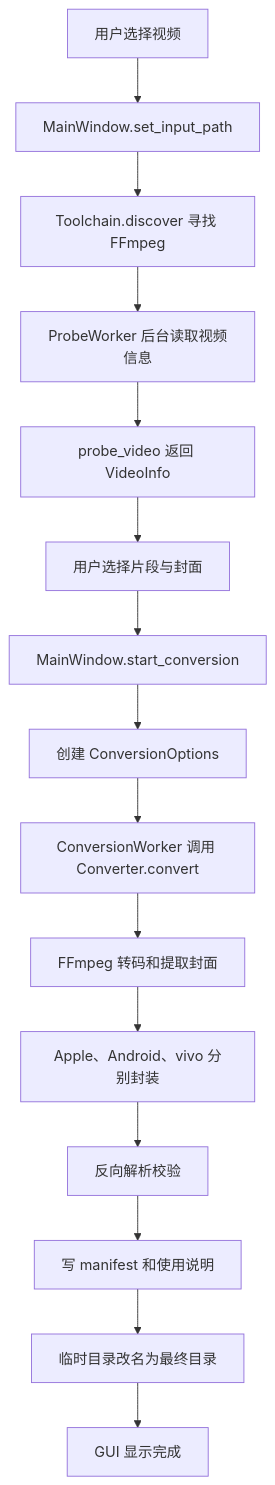
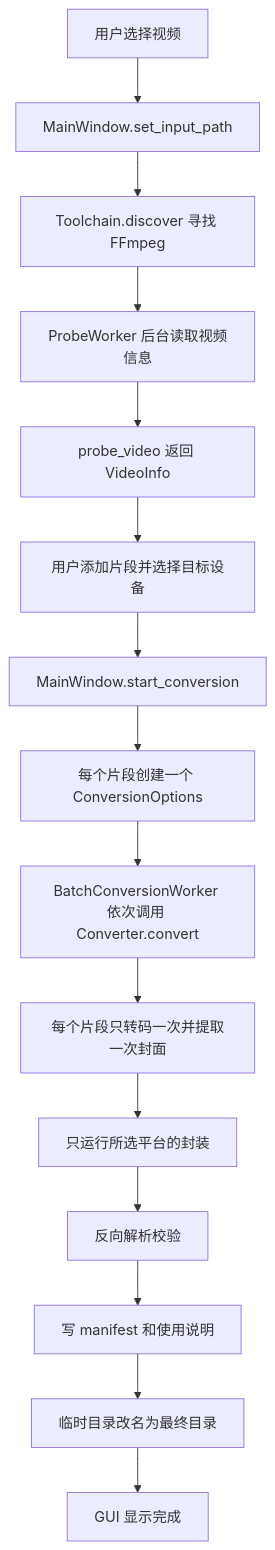
Before and after one commit to yangzhen-23/video-to-live-photo: the first of 2 diagrams in docs/PROJECT_CODE_AND_GIT_GUIDE.md, drawn with Mermaid. The commit also changed other lines of this file and 4 other files, not shown here.

```diff
--- a/docs/PROJECT_CODE_AND_GIT_GUIDE.md
+++ b/docs/PROJECT_CODE_AND_GIT_GUIDE.md
@@ -208,17 +210,17 @@
 ~~~mermaid
 flowchart TD
     A["用户选择视频"] --> B["MainWindow.set_input_path"]
     B --> C["Toolchain.discover 寻找 FFmpeg"]
     C --> D["ProbeWorker 后台读取视频信息"]
     D --> E["probe_video 返回 VideoInfo"]
-    E --> F["用户选择片段与封面"]
+    E --> F["用户添加片段并选择目标设备"]
     F --> G["MainWindow.start_conversion"]
-    G --> H["创建 ConversionOptions"]
-    H --> I["ConversionWorker 调用 Converter.convert"]
-    I --> J["FFmpeg 转码和提取封面"]
-    J --> K["Apple、Android、vivo 分别封装"]
+    G --> H["每个片段创建一个 ConversionOptions"]
+    H --> I["BatchConversionWorker 依次调用 Converter.convert"]
+    I --> J["每个片段只转码一次并提取一次封面"]
+    J --> K["只运行所选平台的封装"]
     K --> L["反向解析校验"]
     L --> M["写 manifest 和使用说明"]
     M --> N["临时目录改名为最终目录"]
     N --> O["GUI 显示完成"]
 ~~~
```
